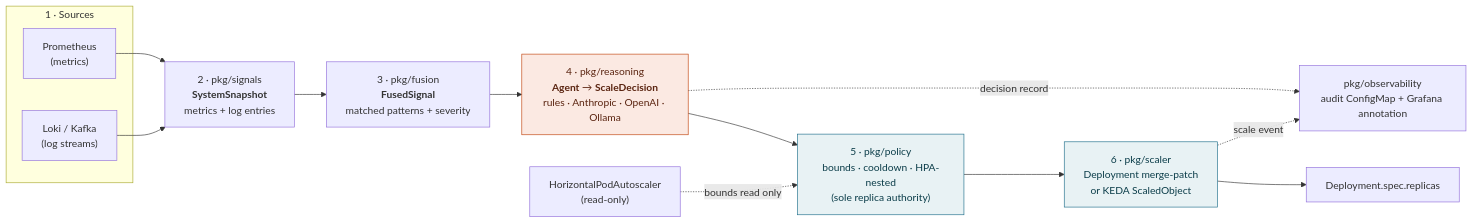
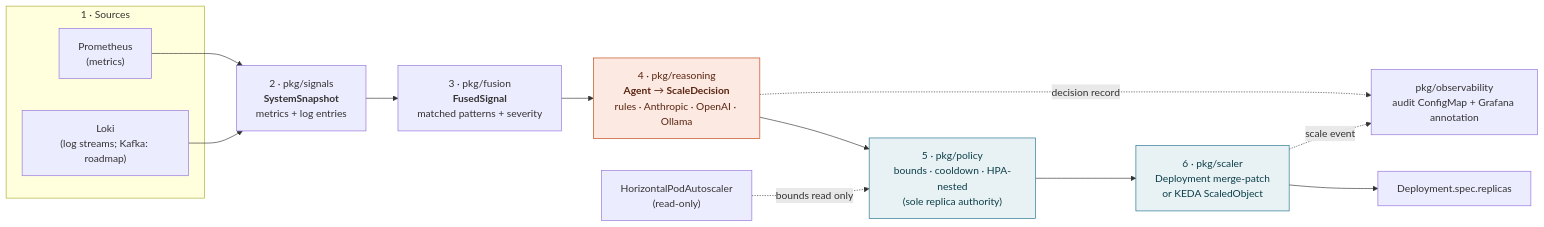
The diagram in docs/architecture.md (Ngoga-Musagi/agentic-autoscaler), drawn with Mermaid before and after one commit. The commit also changed other lines of this file and 23 other files, not shown here.

````diff
--- a/docs/architecture.md
+++ b/docs/architecture.md
@@ -9,27 +9,27 @@
 ```mermaid
 flowchart LR
     subgraph SRC["1 · Sources"]
         P["Prometheus<br/>(metrics)"]
-        L["Loki / Kafka<br/>(log streams)"]
+        L["Loki<br/>(log streams; Kafka: roadmap)"]
     end
     SIG["2 · pkg/signals<br/><b>SystemSnapshot</b><br/>metrics + log entries"]
     FUS["3 · pkg/fusion<br/><b>FusedSignal</b><br/>matched patterns + severity"]
     REA["4 · pkg/reasoning<br/><b>Agent</b> → <b>ScaleDecision</b><br/>rules · Anthropic · OpenAI · Ollama"]
     POL["5 · pkg/policy<br/>bounds · cooldown · HPA-nested<br/>(sole replica authority)"]
     SCL["6 · pkg/scaler<br/>Deployment merge-patch<br/>or KEDA ScaledObject"]
     OBS["pkg/observability<br/>audit ConfigMap + Grafana annotation"]
     HPA["HorizontalPodAutoscaler<br/>(read-only)"]
 
     P --> SIG
     L --> SIG
     SIG --> FUS --> REA --> POL --> SCL
     REA -. "decision record" .-> OBS
     SCL -. "scale event" .-> OBS
     HPA -. "bounds read only" .-> POL
     SCL --> DEP["Deployment.spec.replicas"]
 
     classDef safe fill:#e8f2f4,stroke:#1f6f8b,color:#0b3d49;
     classDef exec fill:#fbe9e2,stroke:#c1440e,color:#5a2410;
     class POL,SCL safe;
     class REA exec;
 ```
````
